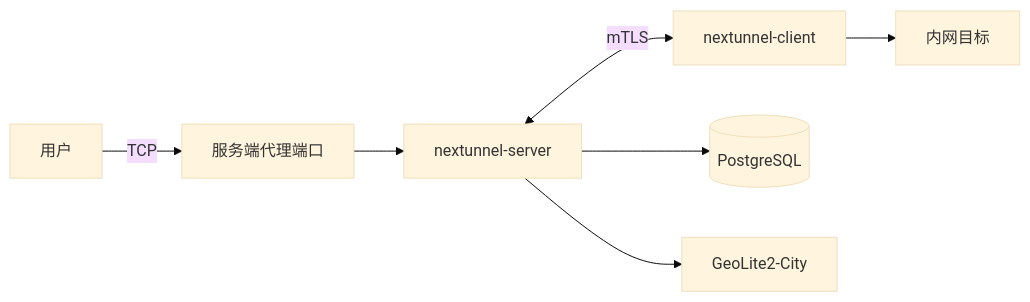
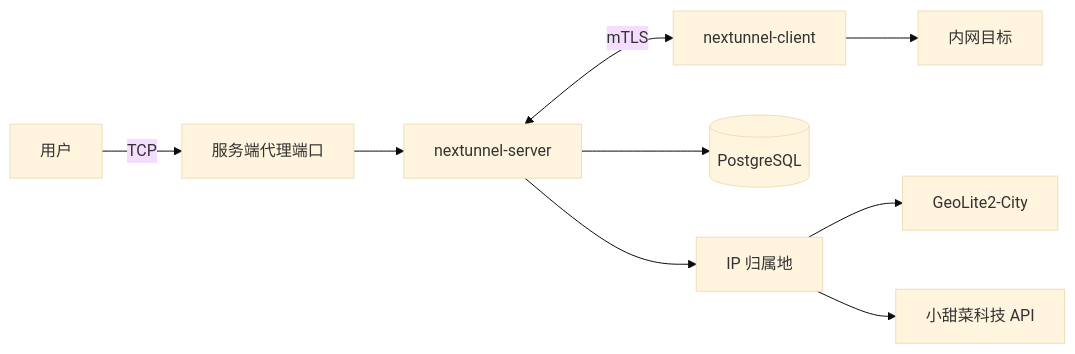
Before and after one commit to xiaotiancaipro/nextunnel: the diagram in README_zh.md, drawn with Mermaid (base theme). The commit also changed other lines of this file and 1 other file, not shown here.

````diff
--- a/README_zh.md
+++ b/README_zh.md
@@ -25,9 +26,11 @@
 ```mermaid
 flowchart LR
     User[用户] -->|TCP| Proxy[服务端代理端口]
     Proxy --> Server[nextunnel-server]
     Server <-->|mTLS| Client[nextunnel-client]
     Client --> Target[内网目标]
     Server --> PG[(PostgreSQL)]
-    Server --> Geo[GeoLite2-City]
+    Server --> IPLoc[IP 归属地]
+    IPLoc --> Geo[GeoLite2-City]
+    IPLoc --> API[小甜菜科技 API]
 ```
````
